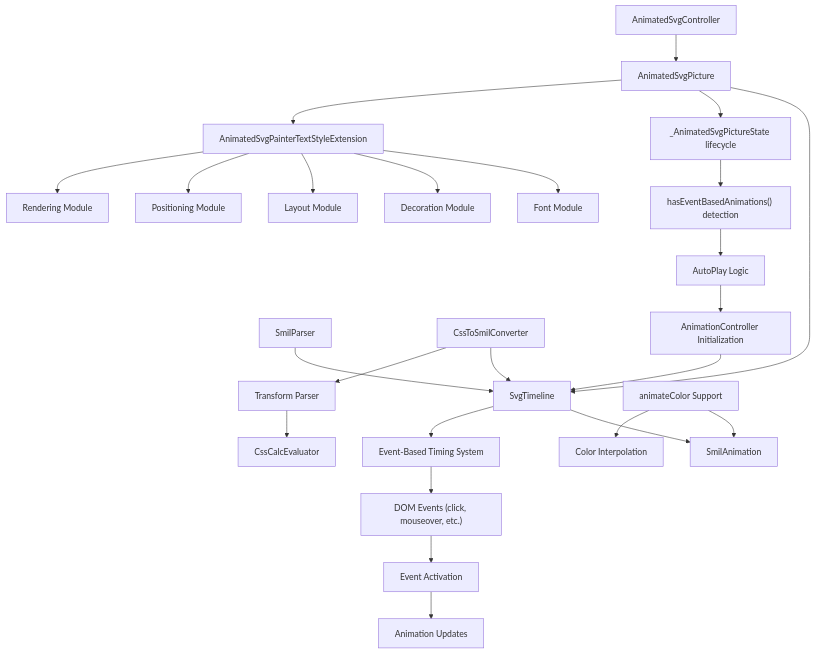
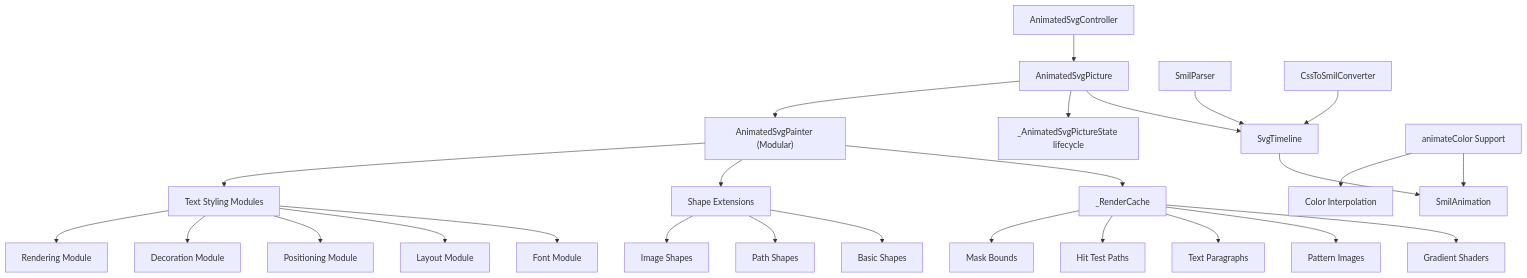
Before and after one commit to denisnadey/flutter_full_svg_support: the first of 4 diagrams in .qoder/repowiki/en/content/API Reference/Animation APIs.md, drawn with Mermaid. The commit also changed other lines of this file and 65 other files, not shown here.

First line of the commit message:
refactor(animation): modularize AnimatedSvgPainter and enhance caching

````diff
--- a/.qoder/repowiki/en/content/API Reference/Animation APIs.md
+++ b/.qoder/repowiki/en/content/API Reference/Animation APIs.md
@@ -88,27 +114,28 @@
 ```mermaid
 graph TB
 Controller["AnimatedSvgController"] --> Picture["AnimatedSvgPicture"]
 Picture --> Timeline["SvgTimeline"]
 Timeline --> Anim["SmilAnimation"]
 Parser["SmilParser"] --> Timeline
 Converter["CssToSmilConverter"] --> Timeline
-Converter --> TransformParser["Transform Parser"]
-TransformParser --> CalcEvaluator["CssCalcEvaluator"]
 Picture --> Lifecycle["_AnimatedSvgPictureState lifecycle"]
-Lifecycle --> EventDetection["hasEventBasedAnimations() detection"]
-EventDetection --> AutoPlay["AutoPlay Logic"]
-AutoPlay --> ControllerInit["AnimationController Initialization"]
-ControllerInit --> Timeline
-Timeline --> EventSystem["Event-Based Timing System"]
-EventSystem --> DOMEvents["DOM Events (click, mouseover, etc.)"]
-DOMEvents --> EventActivation["Event Activation"]
-EventActivation --> AnimationUpdate["Animation Updates"]
-Picture --> TextStyleExt["AnimatedSvgPainterTextStyleExtension"]
-TextStyleExt --> FontModule["Font Module"]
-TextStyleExt --> DecorationModule["Decoration Module"]
-TextStyleExt --> LayoutModule["Layout Module"]
-TextStyleExt --> PositioningModule["Positioning Module"]
-TextStyleExt --> RenderingModule["Rendering Module"]
+Picture --> Painter["AnimatedSvgPainter (Modular)"]
+Painter --> Cache["_RenderCache"]
+Cache --> GradientShader["Gradient Shaders"]
+Cache --> PatternImage["Pattern Images"]
+Cache --> TextParagraph["Text Paragraphs"]
+Cache --> HitTestPath["Hit Test Paths"]
+Cache --> MaskBounds["Mask Bounds"]
+Painter --> Shapes["Shape Extensions"]
+Shapes --> BasicShapes["Basic Shapes"]
+Shapes --> PathShapes["Path Shapes"]
+Shapes --> ImageShapes["Image Shapes"]
+Painter --> TextModules["Text Styling Modules"]
+TextModules --> FontModule["Font Module"]
+TextModules --> LayoutModule["Layout Module"]
+TextModules --> PositioningModule["Positioning Module"]
+TextModules --> DecorationModule["Decoration Module"]
+TextModules --> RenderingModule["Rendering Module"]
 AnimColor["animateColor Support"] --> Anim
 AnimColor --> Interpolators["Color Interpolation"]
 ```
````
